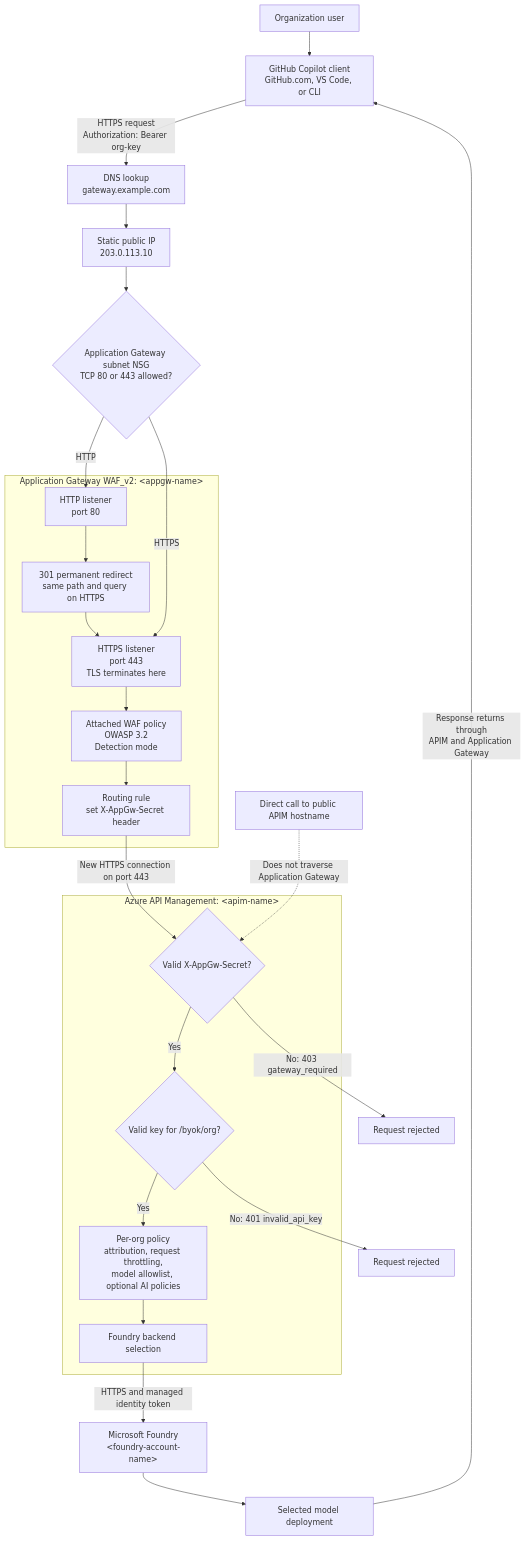
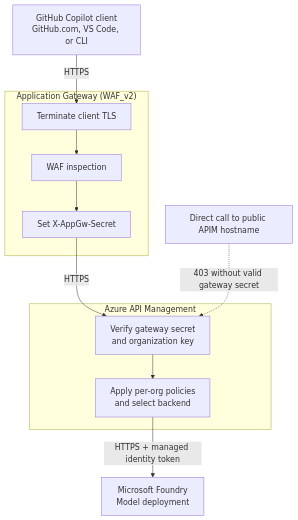
One commit to microsoft/GitHub-Copilot-BYOK-with-APIM changed the diagram in docs/traffic-flow.md. Above: the diagram before and after it, drawn with Mermaid. The commit also changed other lines of this file and 3 other files, not shown here.

First line of the commit message:
Refactor getting started and traffic flow documentation for clarity and conciseness

````diff
--- a/docs/traffic-flow.md
+++ b/docs/traffic-flow.md
@@ -34,37 +13,18 @@
 ```mermaid
 flowchart TD
-  USER["Organization user"] --> GH["GitHub Copilot client<br/>GitHub.com, VS Code, or CLI"]
-  GH -->|"HTTPS request<br/>Authorization: Bearer org-key"| DNS["DNS lookup<br/>gateway.example.com"]
-  DNS --> PIP["Static public IP<br/>203.0.113.10"]
-  PIP --> NSG{"Application Gateway subnet NSG<br/>TCP 80 or 443 allowed?"}
+  CLIENT["GitHub Copilot client<br/>GitHub.com, VS Code, or CLI"] -->|"HTTPS"| TLS
 
-  subgraph AGW["Application Gateway WAF_v2: &lt;appgw-name&gt;"]
-    HTTP["HTTP listener<br/>port 80"] --> REDIRECT["301 permanent redirect<br/>same path and query on HTTPS"]
-    REDIRECT --> HTTPS
-    HTTPS["HTTPS listener<br/>port 443<br/>TLS terminates here"]
-    HTTPS --> WAF["Attached WAF policy<br/>OWASP 3.2<br/>Detection mode"]
-    WAF --> ROUTE["Routing rule<br/>set X-AppGw-Secret header"]
+  subgraph AGW["Application Gateway (WAF_v2)"]
+    TLS["Terminate client TLS"] --> WAF["WAF inspection"]
+    WAF --> HEADER["Set X-AppGw-Secret"]
   end
 
-  NSG -->|"HTTP"| HTTP
-  NSG -->|"HTTPS"| HTTPS
-  ROUTE -->|"New HTTPS connection on port 443"| GUARD
+  HEADER -->|"HTTPS"| AUTH
 
-  subgraph APIM["Azure API Management: &lt;apim-name&gt;"]
-    GUARD{"Valid X-AppGw-Secret?"}
-    ORGAUTH{"Valid key for /byok/org?"}
-    POLICY["Per-org policy<br/>attribution, request throttling,<br/>model allowlist, optional AI policies"]
-    BACKEND["Foundry backend selection"]
-    GUARD -->|"Yes"| ORGAUTH
-    ORGAUTH -->|"Yes"| POLICY
-    POLICY --> BACKEND
+  subgraph APIM["Azure API Management"]
+    AUTH["Verify gateway secret<br/>and organization key"] --> POLICY["Apply per-org policies<br/>and select backend"]
   end
 
-  GUARD -->|"No: 403 gateway_required"| REJECT1["Request rejected"]
-  ORGAUTH -->|"No: 401 invalid_api_key"| REJECT2["Request rejected"]
-  BACKEND -->|"HTTPS and managed identity token"| FOUNDRY["Microsoft Foundry<br/>&lt;foundry-account-name&gt;"]
-  FOUNDRY --> MODEL["Selected model deployment"]
-  MODEL -->|"Response returns through<br/>APIM and Application Gateway"| GH
-
-  DIRECT["Direct call to public APIM hostname"] -.->|"Does not traverse Application Gateway"| GUARD
+  POLICY -->|"HTTPS + managed identity token"| FOUNDRY["Microsoft Foundry<br/>Model deployment"]
+  DIRECT["Direct call to public APIM hostname"] -.->|"403 without valid gateway secret"| AUTH
 ```
````
